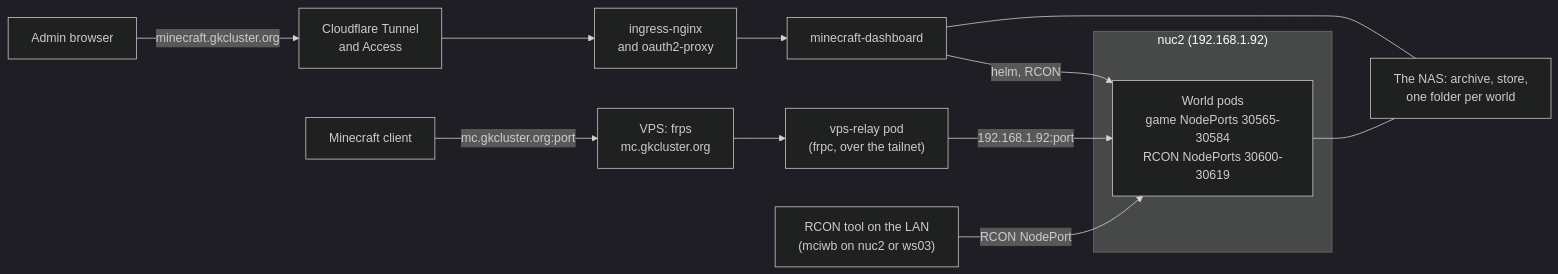
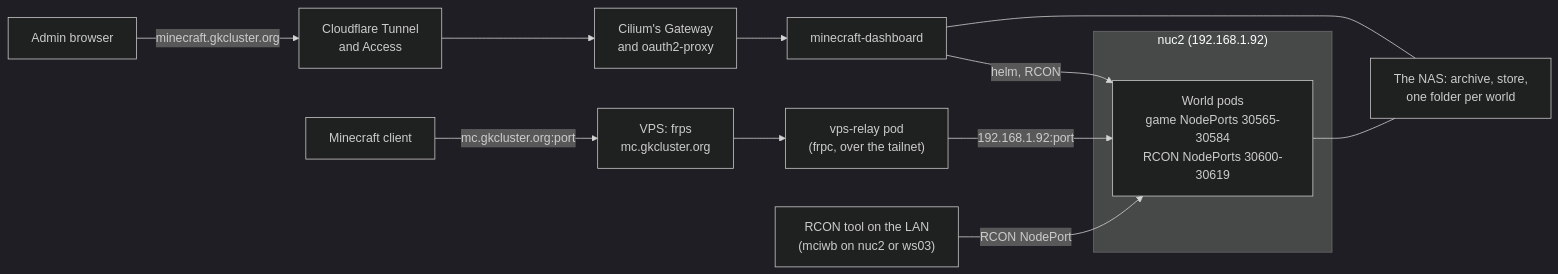
The diagram in docs/how-to/minecraft.md (gilesknap/tpi-k3s-ansible), drawn with Mermaid (dark theme) before and after one commit. The commit also changed other lines of this file and 19 other files, not shown here.

First line of the commit message:
Point every Cloudflare tunnel route at Cilium's Gateway

````diff
--- a/docs/how-to/minecraft.md
+++ b/docs/how-to/minecraft.md
@@ -25,22 +25,22 @@
 ```mermaid
 flowchart LR
     admin["Admin browser"]
     player["Minecraft client"]
     tool["RCON tool on the LAN<br/>(mciwb on nuc2 or ws03)"]
     cf["Cloudflare Tunnel<br/>and Access"]
     vps["VPS: frps<br/>mc.gkcluster.org"]
     relay["vps-relay pod<br/>(frpc, over the tailnet)"]
-    nginx["ingress-nginx<br/>and oauth2-proxy"]
+    nginx["Cilium's Gateway<br/>and oauth2-proxy"]
     dash["minecraft-dashboard"]
     subgraph nuc2["nuc2 (192.168.1.92)"]
         worlds["World pods<br/>game NodePorts 30565-30584<br/>RCON NodePorts 30600-30619"]
     end
     nas["The NAS: archive, store,<br/>one folder per world"]
 
     admin -->|"minecraft.gkcluster.org"| cf --> nginx --> dash
     dash -->|"helm, RCON"| worlds
     player -->|"mc.gkcluster.org:port"| vps --> relay -->|"192.168.1.92:port"| worlds
     tool -->|"RCON NodePort"| worlds
     dash --- nas
     worlds --- nas
 ```
````
